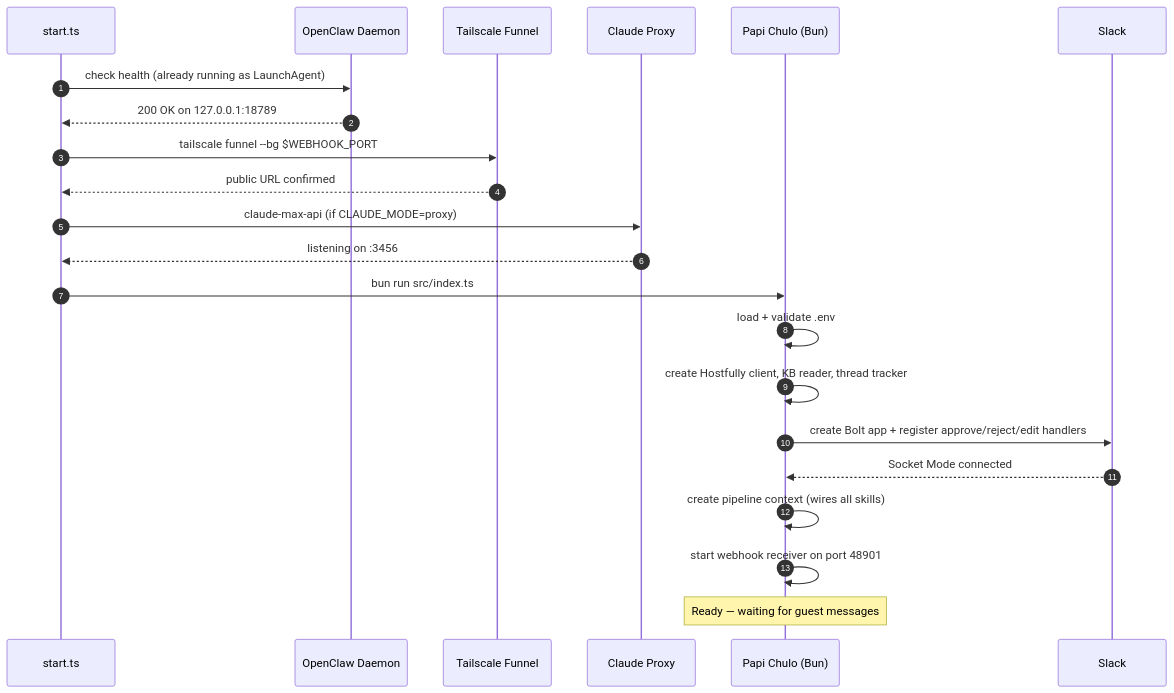
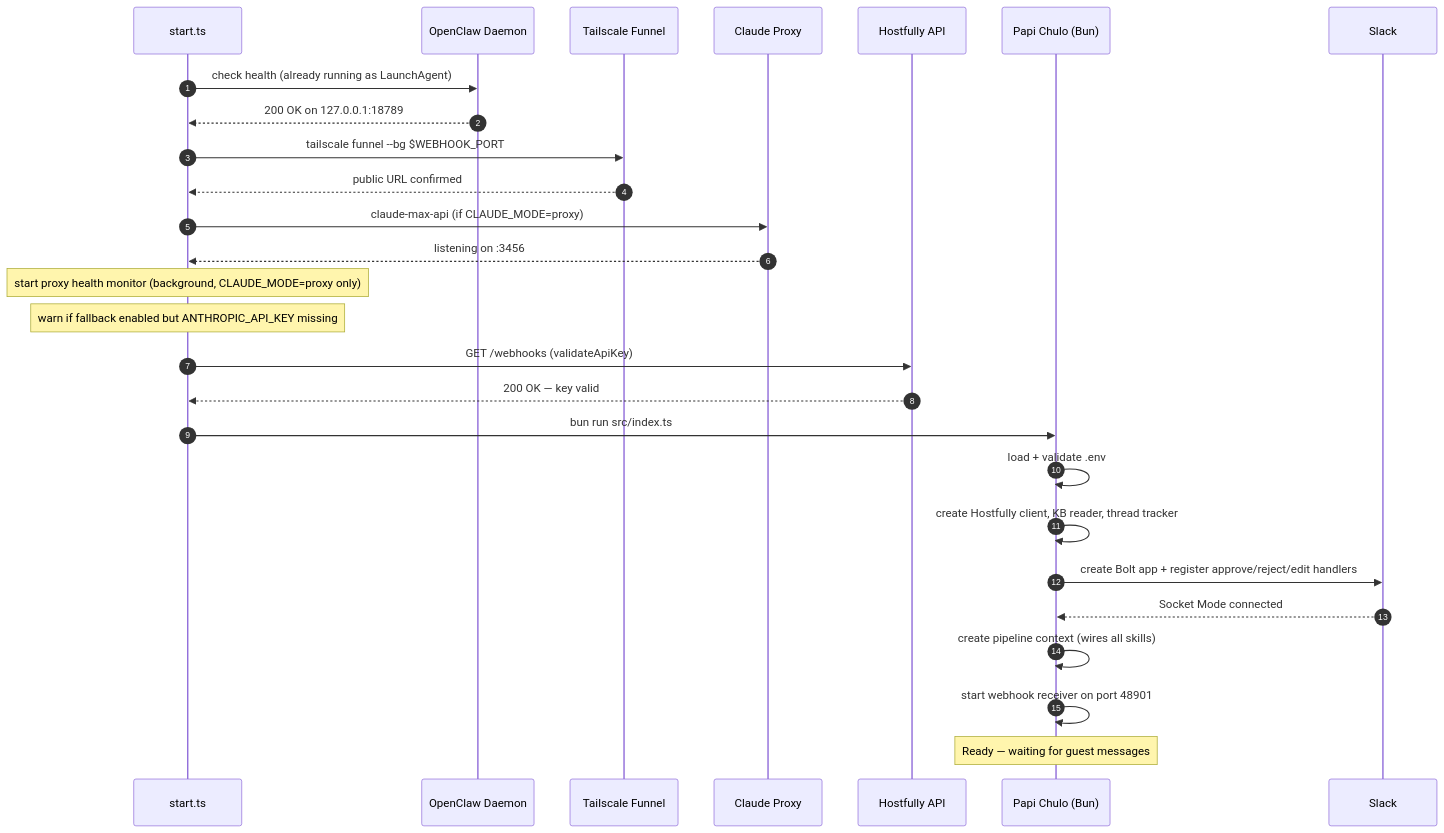
One commit to viiqswim/vlre-ai-employee changed the fourth of 11 diagrams in docs/2026-03-18-1312-architecture.md. Above: the diagram before and after it, drawn with Mermaid. The commit also changed other lines of this file and 2 other files, not shown here.

Commit message:
docs: update README, AGENTS, and architecture doc to reflect resilience changes

````diff
--- a/docs/2026-03-18-1312-architecture.md
+++ b/docs/2026-03-18-1312-architecture.md
@@ -212,25 +212,30 @@
 ```mermaid
 sequenceDiagram
     autonumber
     participant SH as start.ts
     participant OC as OpenClaw Daemon
     participant TF as Tailscale Funnel
     participant CP as Claude Proxy
+    participant HF as Hostfully API
     participant PC as Papi Chulo (Bun)
     participant SL as Slack
 
     SH->>OC: check health (already running as LaunchAgent)
     OC-->>SH: 200 OK on 127.0.0.1:18789
     SH->>TF: tailscale funnel --bg $WEBHOOK_PORT
     TF-->>SH: public URL confirmed
     SH->>CP: claude-max-api (if CLAUDE_MODE=proxy)
     CP-->>SH: listening on :3456
+    Note over SH: start proxy health monitor (background, CLAUDE_MODE=proxy only)
+    Note over SH: warn if fallback enabled but ANTHROPIC_API_KEY missing
+    SH->>HF: GET /webhooks (validateApiKey)
+    HF-->>SH: 200 OK — key valid
     SH->>PC: bun run src/index.ts
     PC->>PC: load + validate .env
     PC->>PC: create Hostfully client, KB reader, thread tracker
     PC->>SL: create Bolt app + register approve/reject/edit handlers
     SL-->>PC: Socket Mode connected
     PC->>PC: create pipeline context (wires all skills)
     PC->>PC: start webhook receiver on port 48901
     Note over PC: Ready — waiting for guest messages
 ```
````
